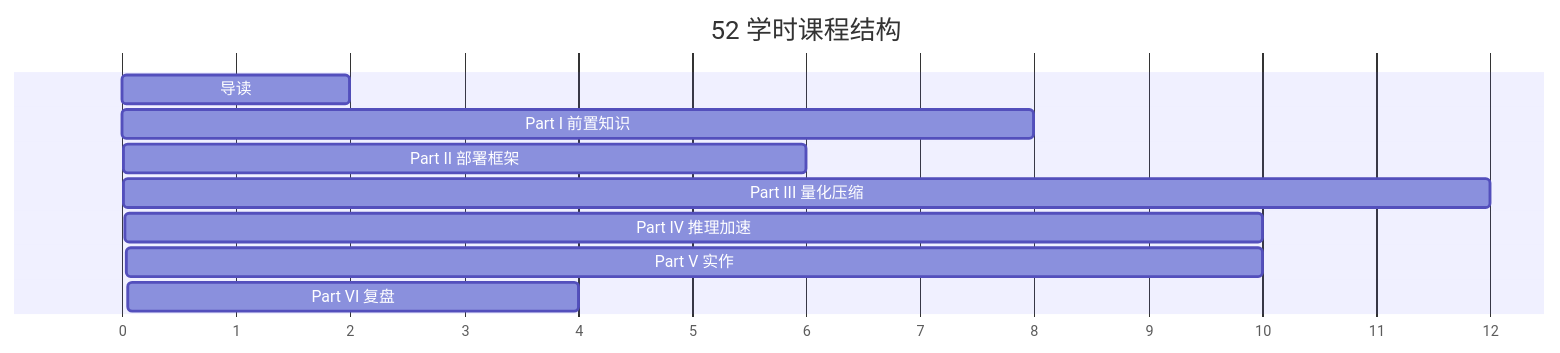
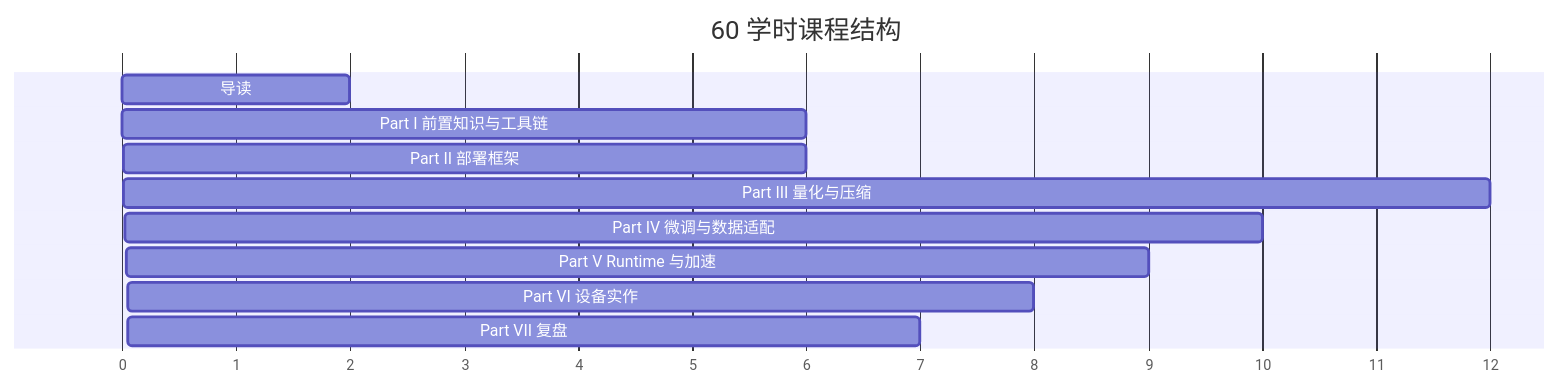
The diagram in docs/course-hours.md (skyswordw/edge-ai-deployment-course), drawn with Mermaid before and after one commit. The commit also changed other lines of this file and 14 other files, not shown here.

````diff
--- a/docs/course-hours.md
+++ b/docs/course-hours.md
@@ -75,13 +83,14 @@
 ```mermaid
 gantt
-  title 52 学时课程结构
+  title 60 学时课程结构
   dateFormat X
   axisFormat %s
   导读 :0, 2
-  Part I 前置知识 :2, 8
-  Part II 部署框架 :10, 6
-  Part III 量化压缩 :16, 12
-  Part IV 推理加速 :28, 10
-  Part V 实作 :38, 10
-  Part VI 复盘 :48, 4
+  Part I 前置知识与工具链 :2, 6
+  Part II 部署框架 :8, 6
+  Part III 量化与压缩 :14, 12
+  Part IV 微调与数据适配 :26, 10
+  Part V Runtime 与加速 :36, 9
+  Part VI 设备实作 :45, 8
+  Part VII 复盘 :53, 7
 ```
````
